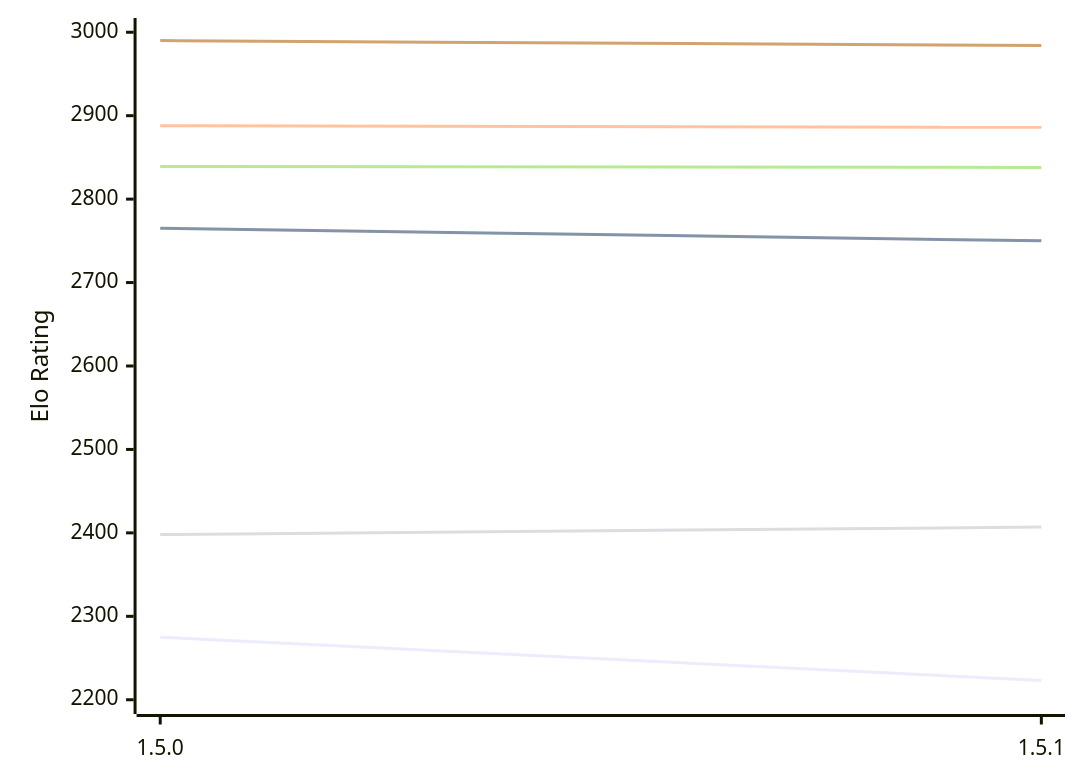
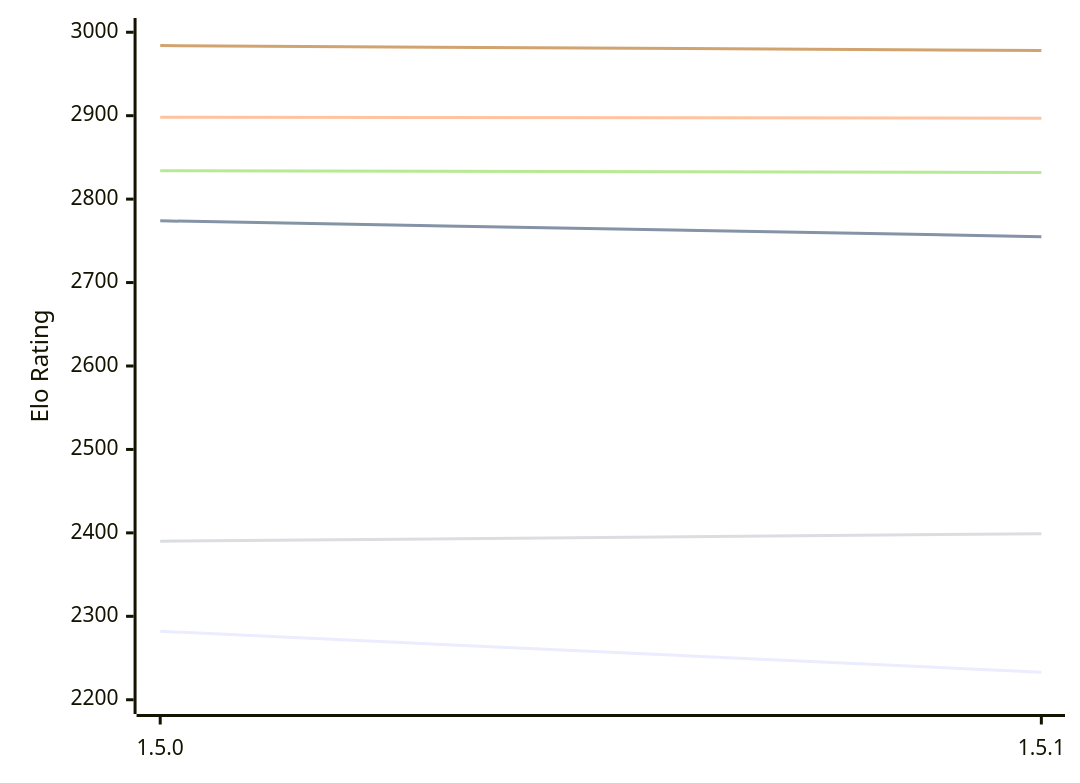
One commit to computer-chess-index/cci changed the first of 2 diagrams in engines/Coco.md. Above: the diagram before and after it, drawn with Mermaid. The commit also changed other lines of this file, not shown here.

Commit message:
Update CCI Ratings (ELO VLTC) - 2026-11-06

````diff
--- a/engines/Coco.md
+++ b/engines/Coco.md
@@ -50,12 +50,12 @@
 ```mermaid
 %%{init: {"theme":"base","themeVariables":{"seriesColors:['#a3a3a3','#222221','#faa371']}}}%%
 xychart-beta
   x-axis ["1.5.0", "1.5.1"]
   y-axis "Elo Rating" 2200 --> 3000
-  line "E1: STC (8.0+0.08s)" [2275, 2223]
-  line "E1: LTC (60.0+0.60s)" [2765, 2750]
-  line "E1: VLTC (2m24s+1.12s)" [2888, 2886]
-  line "P1: STC (8.0+0.08s)" [2398, 2407]
-  line "P1: LTC (60.0+0.60s)" [2839, 2838]
-  line "P1: VLTC (2m24s+1.12s)" [2990, 2984]
+  line "E1: STC (8.0+0.08s)" [2282, 2233]
+  line "E1: LTC (60.0+0.60s)" [2774, 2755]
+  line "E1: VLTC (2m24s+1.12s)" [2898, 2897]
+  line "P1: STC (8.0+0.08s)" [2390, 2399]
+  line "P1: LTC (60.0+0.60s)" [2834, 2832]
+  line "P1: VLTC (2m24s+1.12s)" [2984, 2978]
 ```
````
